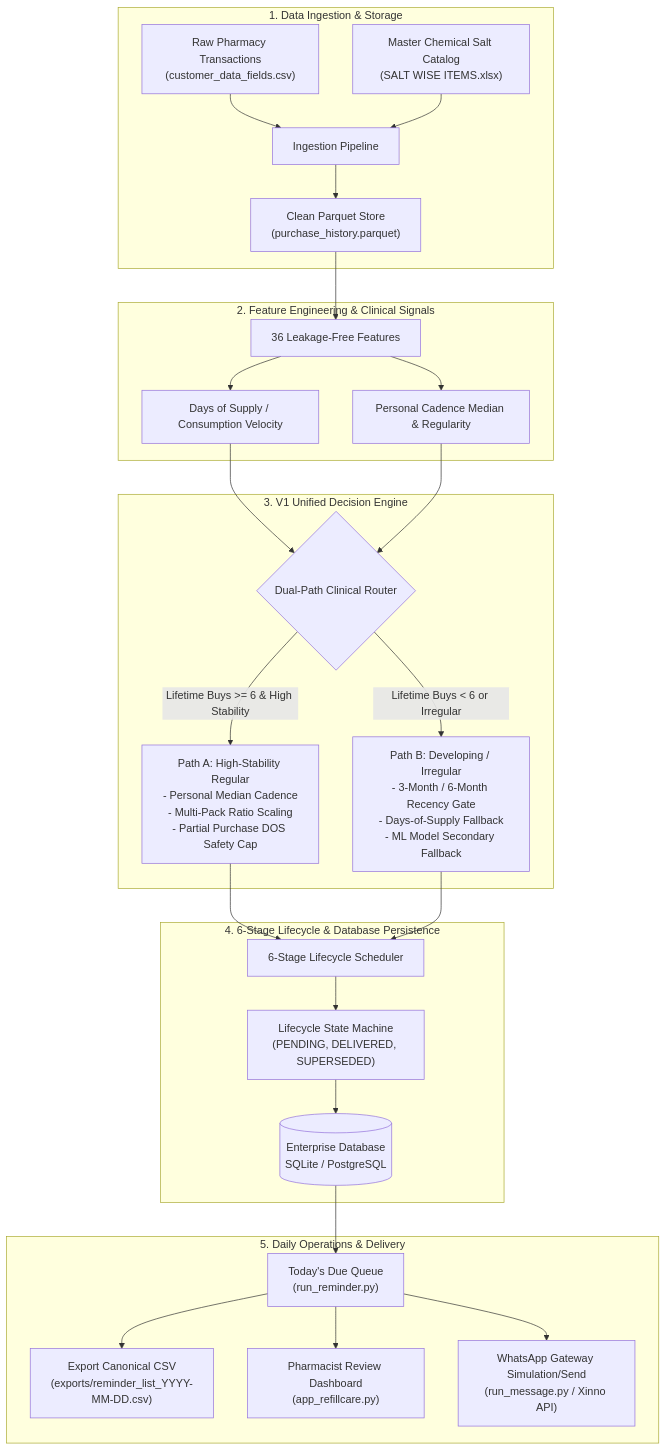
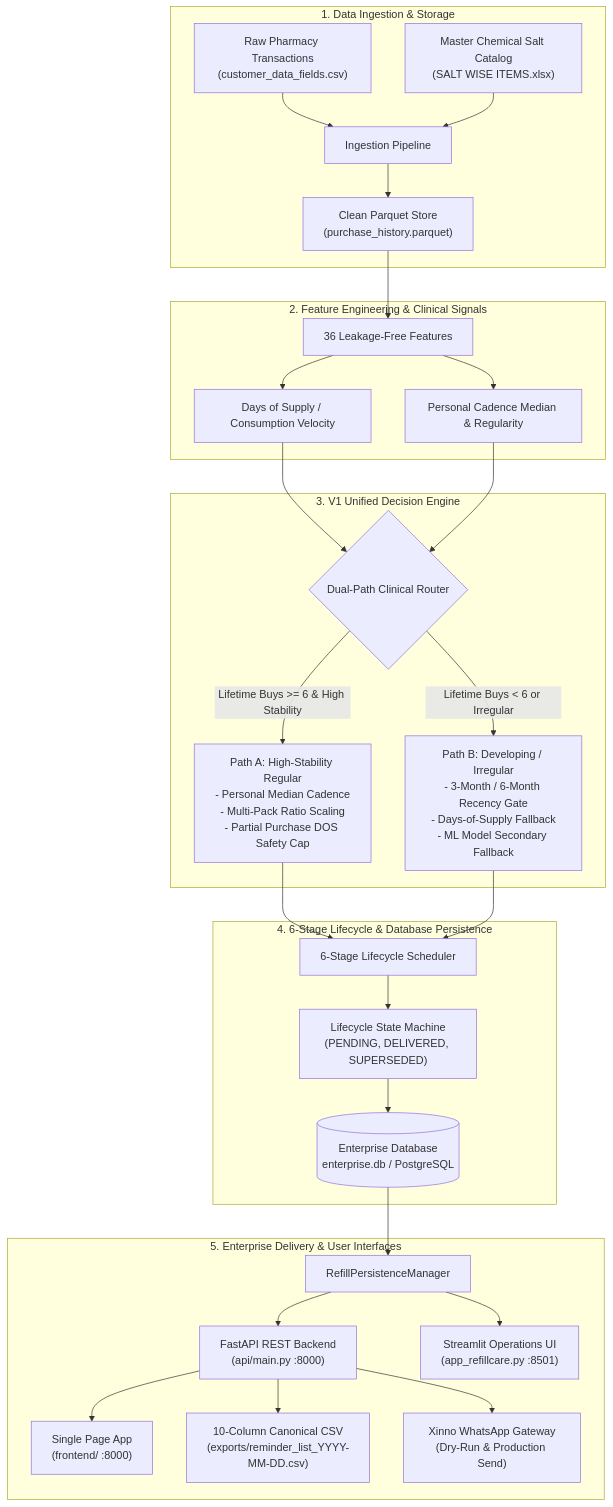
Before and after one commit to sunil872/ai-mediastra-whatsapp-reminder: the first of 2 diagrams in REFILLCARE_SYSTEM_END_TO_END_IMPLEMENTATION.md, drawn with Mermaid. The commit also changed other lines of this file and 81 other files, not shown here.

Commit message:
feat: initialize RefillCare system with frontend, API services, and data processing pipeline v1.3

````diff
--- a/REFILLCARE_SYSTEM_END_TO_END_IMPLEMENTATION.md
+++ b/REFILLCARE_SYSTEM_END_TO_END_IMPLEMENTATION.md
@@ -33,38 +37,40 @@
 ```mermaid
 flowchart TD
     subgraph Data_Layer ["1. Data Ingestion & Storage"]
         Raw["Raw Pharmacy Transactions<br/>(customer_data_fields.csv)"]
         Salt["Master Chemical Salt Catalog<br/>(SALT WISE ITEMS.xlsx)"]
         Parquet["Clean Parquet Store<br/>(purchase_history.parquet)"]
         Raw --> Ingest[Ingestion Pipeline]
         Salt --> Ingest
         Ingest --> Parquet
     end
 
     subgraph Feature_Layer ["2. Feature Engineering & Clinical Signals"]
         Parquet --> FeatEng[36 Leakage-Free Features]
         FeatEng --> DOS[Days of Supply / Consumption Velocity]
         FeatEng --> Cadence[Personal Cadence Median & Regularity]
     end
 
     subgraph Engine_Layer ["3. V1 Unified Decision Engine"]
         DOS --> Router{Dual-Path Clinical Router}
         Cadence --> Router
         Router -->|Lifetime Buys >= 6 & High Stability| PathA["Path A: High-Stability Regular<br/>- Personal Median Cadence<br/>- Multi-Pack Ratio Scaling<br/>- Partial Purchase DOS Safety Cap"]
         Router -->|Lifetime Buys < 6 or Irregular| PathB["Path B: Developing / Irregular<br/>- 3-Month / 6-Month Recency Gate<br/>- Days-of-Supply Fallback<br/>- ML Model Secondary Fallback"]
     end
 
     subgraph Lifecycle_Layer ["4. 6-Stage Lifecycle & Database Persistence"]
         PathA --> Sched[6-Stage Lifecycle Scheduler]
         PathB --> Sched
         Sched --> Lifecycle["Lifecycle State Machine<br/>(PENDING, DELIVERED, SUPERSEDED)"]
-        Lifecycle --> DB[(Enterprise Database<br/>SQLite / PostgreSQL)]
+        Lifecycle --> DB[(Enterprise Database<br/>enterprise.db / PostgreSQL)]
     end
 
-    subgraph Ops_Layer ["5. Daily Operations & Delivery"]
-        DB --> TodayQueue["Today's Due Queue<br/>(run_reminder.py)"]
-        TodayQueue --> ExportCSV["Export Canonical CSV<br/>(exports/reminder_list_YYYY-MM-DD.csv)"]
-        TodayQueue --> UI["Pharmacist Review Dashboard<br/>(app_refillcare.py)"]
-        TodayQueue --> Dispatch["WhatsApp Gateway Simulation/Send<br/>(run_message.py / Xinno API)"]
+    subgraph API_and_UI_Layer ["5. Enterprise Delivery & User Interfaces"]
+        DB --> PM[RefillPersistenceManager]
+        PM --> API["FastAPI REST Backend<br/>(api/main.py :8000)"]
+        PM --> Streamlit["Streamlit Operations UI<br/>(app_refillcare.py :8501)"]
+        API --> SPA["Single Page App<br/>(frontend/ :8000)"]
+        API --> ExportCSV["10-Column Canonical CSV<br/>(exports/reminder_list_YYYY-MM-DD.csv)"]
+        API --> Dispatch["Xinno WhatsApp Gateway<br/>(Dry-Run & Production Send)"]
     end
 ```
````
